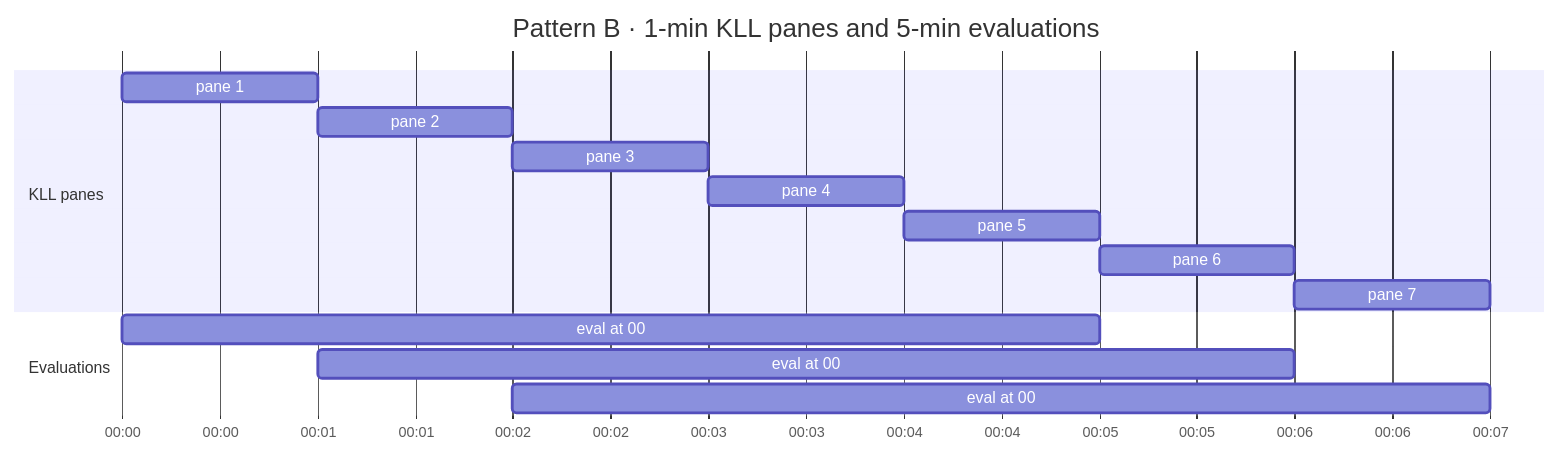
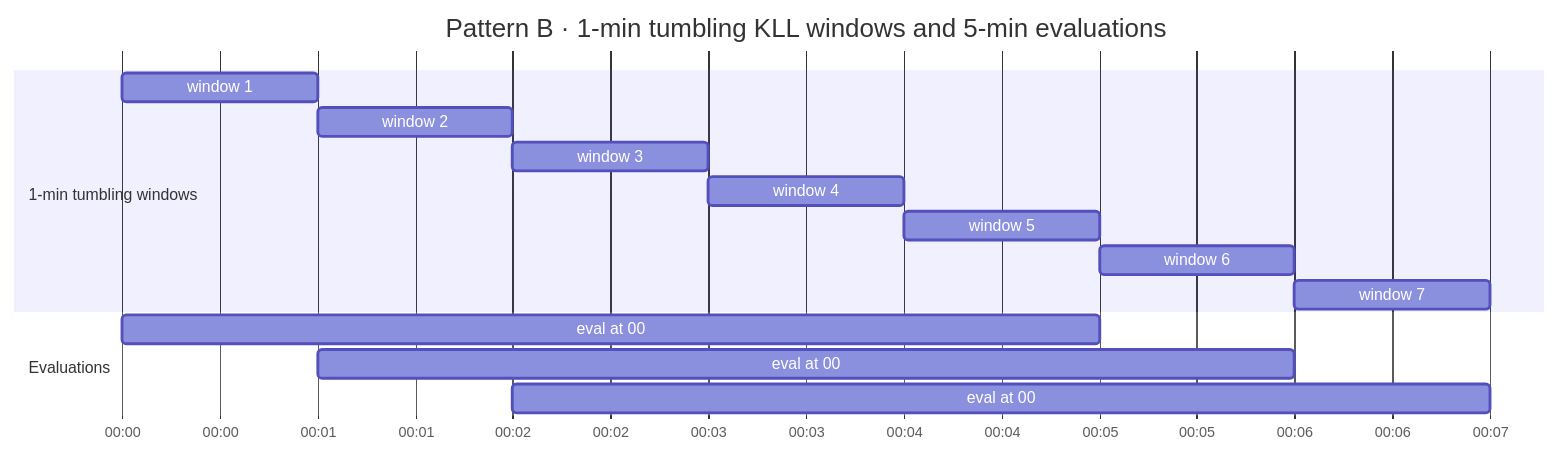
One commit to ProjectASAP/ASAPPlanner changed the eighth of 10 diagrams in docs/design_docs/proposals/planner-layering.md. Above: the diagram before and after it, drawn with Mermaid. The commit also changed other lines of this file, not shown here.

````diff
--- a/docs/design_docs/proposals/planner-layering.md
+++ b/docs/design_docs/proposals/planner-layering.md
@@ -781,18 +812,18 @@
 ```mermaid
 gantt
-  title Pattern B · 1-min KLL panes and 5-min evaluations
+  title Pattern B · 1-min tumbling KLL windows and 5-min evaluations
   dateFormat HH:mm
   axisFormat %H:%M
-  section KLL panes
-  pane 1 :p1, 00:00, 1m
-  pane 2 :p2, 00:01, 1m
-  pane 3 :p3, 00:02, 1m
-  pane 4 :p4, 00:03, 1m
-  pane 5 :p5, 00:04, 1m
-  pane 6 :p6, 00:05, 1m
-  pane 7 :p7, 00:06, 1m
+  section 1-min tumbling windows
+  window 1 :p1, 00:00, 1m
+  window 2 :p2, 00:01, 1m
+  window 3 :p3, 00:02, 1m
+  window 4 :p4, 00:03, 1m
+  window 5 :p5, 00:04, 1m
+  window 6 :p6, 00:05, 1m
+  window 7 :p7, 00:06, 1m
   section Evaluations
-  eval at 00:05 (panes 1–5) :e1, 00:00, 5m
-  eval at 00:06 (panes 2–6) :e2, 00:01, 5m
-  eval at 00:07 (panes 3–7) :e3, 00:02, 5m
+  eval at 00:05 (windows 1–5) :e1, 00:00, 5m
+  eval at 00:06 (windows 2–6) :e2, 00:01, 5m
+  eval at 00:07 (windows 3–7) :e3, 00:02, 5m
 ```
````
